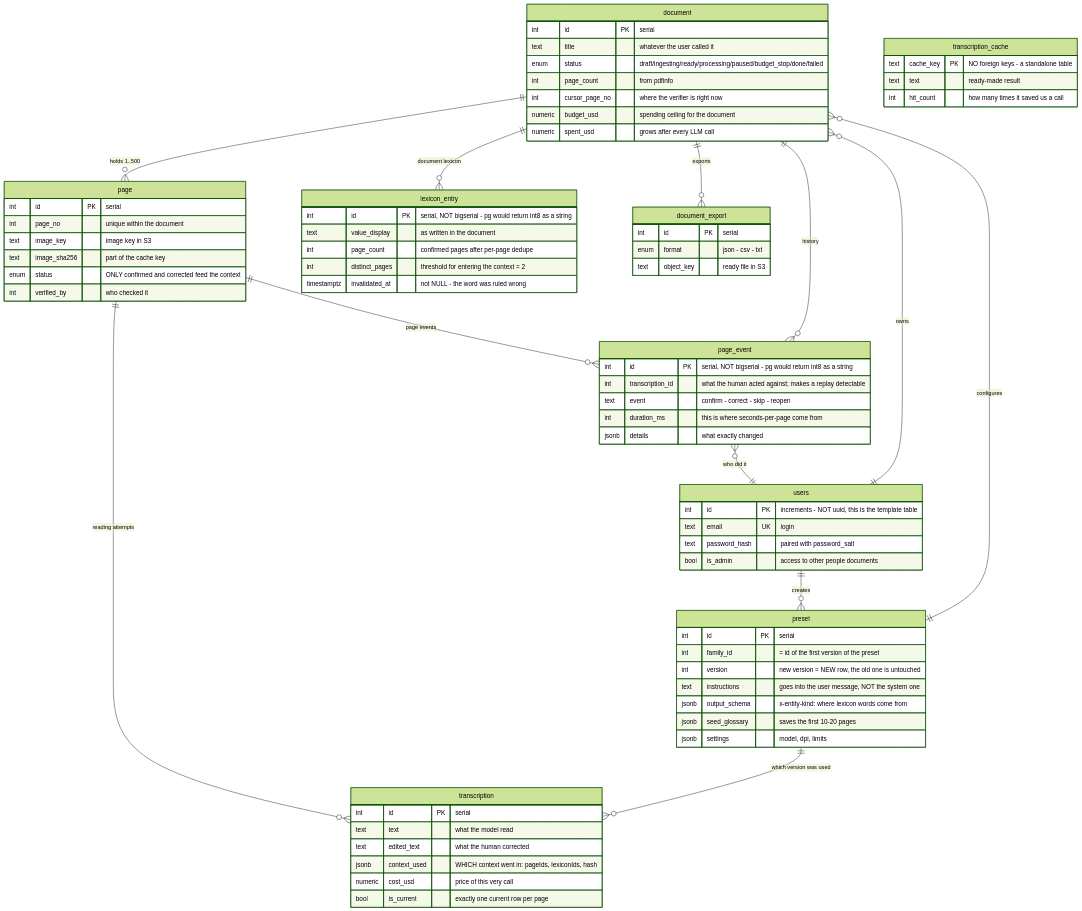
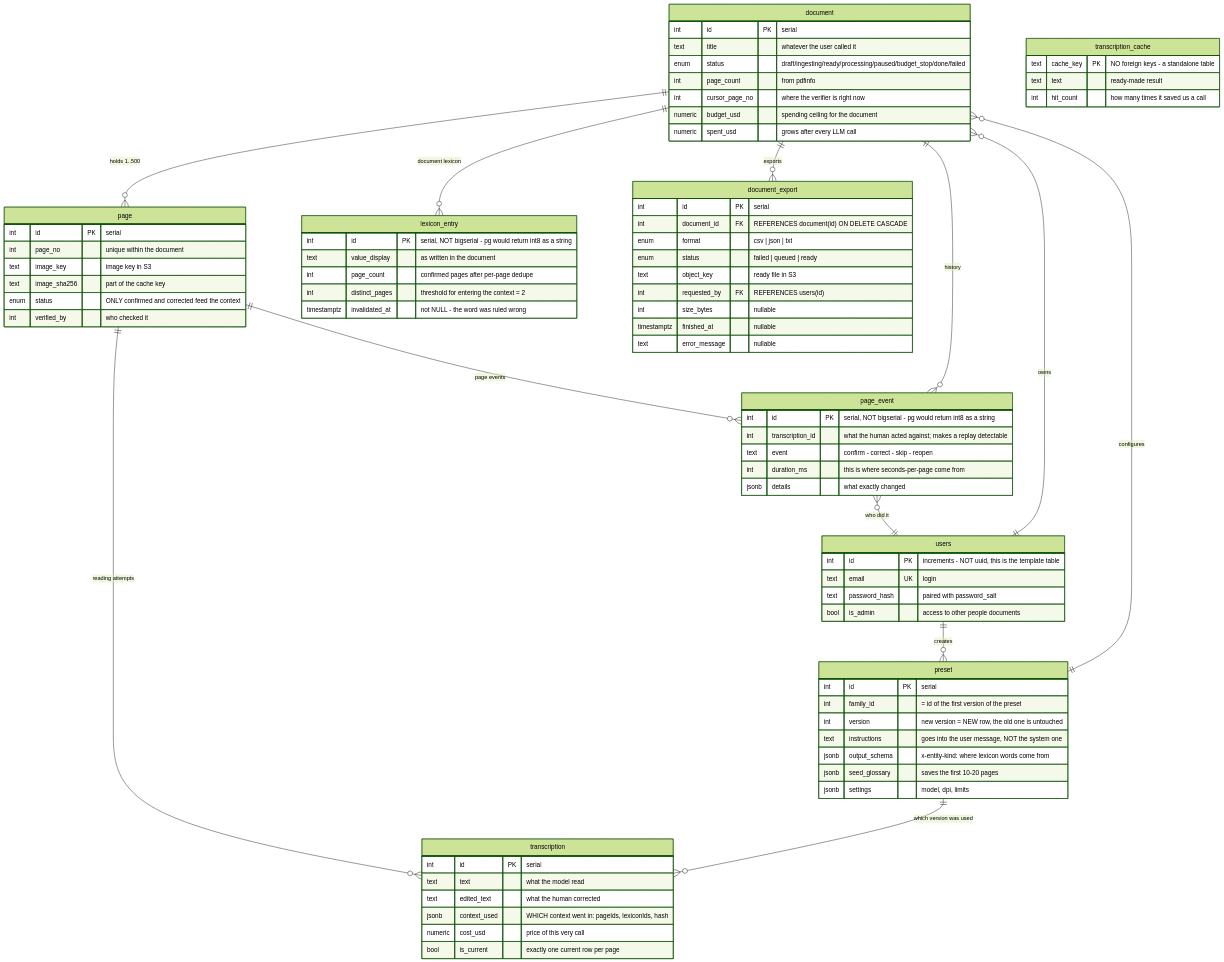
One commit to BinaryStudioAcademy/bsa-2026-transcripta changed the diagram in docs/diagrams/06-database.mmd. Above: the diagram before and after it, drawn with Mermaid (forest theme). The commit also changed 7 other files, not shown here.

```diff
--- a/docs/diagrams/06-database.mmd
+++ b/docs/diagrams/06-database.mmd
@@ -1,90 +1,96 @@
 %% Database schema - 9 tables
 %% document sits in the centre. Pages, lexicon and exports grow out of it.
 %% Full DDL with comments: ../schema/schema.sql
 
 erDiagram
     document ||--o{ page : "holds 1..500"
     page ||--o{ transcription : "reading attempts"
     document ||--o{ lexicon_entry : "document lexicon"
     document ||--o{ document_export : "exports"
     page ||--o{ page_event : "page events"
     document ||--o{ page_event : "history"
     preset ||--o{ document : "configures"
     preset ||--o{ transcription : "which version was used"
     users ||--o{ document : "owns"
     users ||--o{ preset : "creates"
     page_event }o--|| users : "who did it"
 
 
     users {
         int id PK "increments - NOT uuid, this is the template table"
         text email UK "login"
         text password_hash "paired with password_salt"
         bool is_admin "access to other people documents"
     }
 
     preset {
         int id PK "serial"
         int family_id "= id of the first version of the preset"
         int version "new version = NEW row, the old one is untouched"
         text instructions "goes into the user message, NOT the system one"
         jsonb output_schema "x-entity-kind: where lexicon words come from"
         jsonb seed_glossary "saves the first 10-20 pages"
         jsonb settings "model, dpi, limits"
     }
 
     document {
         int id PK "serial"
         text title "whatever the user called it"
         enum status "draft/ingesting/ready/processing/paused/budget_stop/done/failed"
         int page_count "from pdfinfo"
         int cursor_page_no "where the verifier is right now"
         numeric budget_usd "spending ceiling for the document"
         numeric spent_usd "grows after every LLM call"
     }
 
     page {
         int id PK "serial"
         int page_no "unique within the document"
         text image_key "image key in S3"
         text image_sha256 "part of the cache key"
         enum status "ONLY confirmed and corrected feed the context"
         int verified_by "who checked it"
     }
 
     transcription {
         int id PK "serial"
         text text "what the model read"
         text edited_text "what the human corrected"
         jsonb context_used "WHICH context went in: pageIds, lexiconIds, hash"
         numeric cost_usd "price of this very call"
         bool is_current "exactly one current row per page"
     }
 
     lexicon_entry {
         int id PK "serial, NOT bigserial - pg would return int8 as a string"
         text value_display "as written in the document"
         int page_count "confirmed pages after per-page dedupe"
         int distinct_pages "threshold for entering the context = 2"
         timestamptz invalidated_at "not NULL - the word was ruled wrong"
     }
 
     page_event {
         int id PK "serial, NOT bigserial - pg would return int8 as a string"
         int transcription_id "what the human acted against; makes a replay detectable"
         text event "confirm - correct - skip - reopen"
         int duration_ms "this is where seconds-per-page come from"
         jsonb details "what exactly changed"
     }
 
     transcription_cache {
         text cache_key PK "NO foreign keys - a standalone table"
         text text "ready-made result"
         int hit_count "how many times it saved us a call"
     }
 
     document_export {
-        int id PK "serial"
-        enum format "json - csv - txt"
-        text object_key "ready file in S3"
-    }
+    int id PK "serial"
+    int document_id FK "REFERENCES document(id) ON DELETE CASCADE"
+    enum format "csv | json | txt"
+    enum status "failed | queued | ready"
+    text object_key "ready file in S3"
+    int requested_by FK "REFERENCES users(id)"
+    int size_bytes "nullable"
+    timestamptz finished_at "nullable"
+    text error_message "nullable"
+}
```
